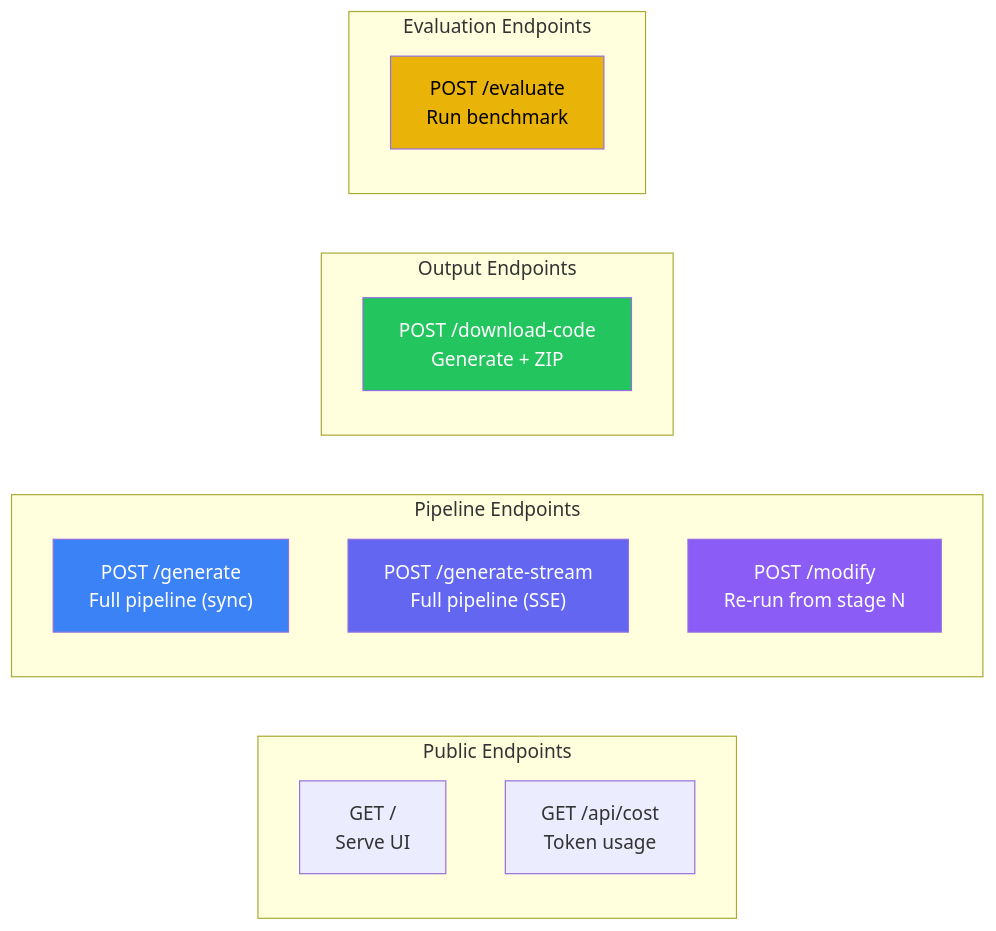
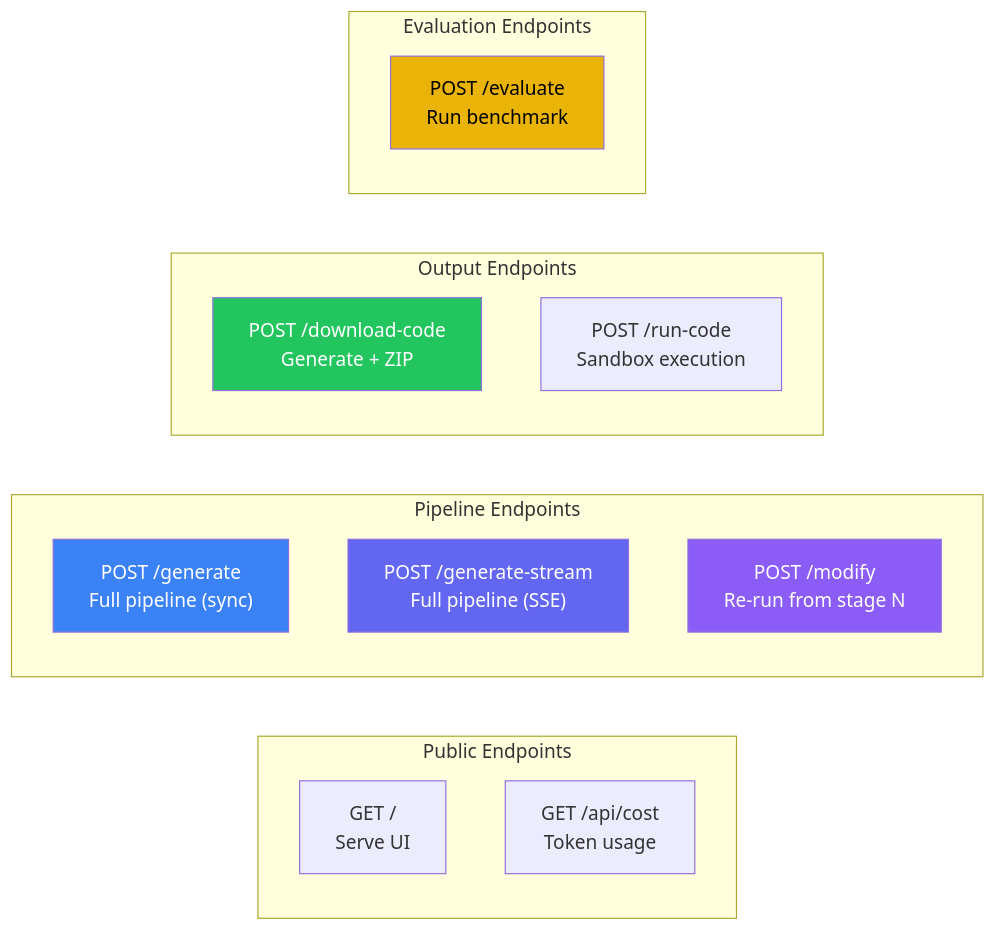
Diagram 18 of 24 in SOFTWARE_ARCHITECTURE.md (notsooamit/app-compiler), drawn with Mermaid before and after one commit. The commit also changed other lines of this file and 1 other file, not shown here.

````diff
--- a/SOFTWARE_ARCHITECTURE.md
+++ b/SOFTWARE_ARCHITECTURE.md
@@ -921,27 +1016,28 @@
 ```mermaid
 graph LR
     subgraph "Public Endpoints"
         GET_ROOT["GET /<br/>Serve UI"]
         GET_COST["GET /api/cost<br/>Token usage"]
     end
 
     subgraph "Pipeline Endpoints"
         POST_GEN["POST /generate<br/>Full pipeline (sync)"]
         POST_SSE["POST /generate-stream<br/>Full pipeline (SSE)"]
         POST_MOD["POST /modify<br/>Re-run from stage N"]
     end
 
     subgraph "Output Endpoints"
         POST_DL["POST /download-code<br/>Generate + ZIP"]
+        POST_RUN["POST /run-code<br/>Sandbox execution"]
     end
 
     subgraph "Evaluation Endpoints"
         POST_EVAL["POST /evaluate<br/>Run benchmark"]
     end
 
     style POST_SSE fill:#6366f1,color:#fff
     style POST_GEN fill:#3b82f6,color:#fff
     style POST_MOD fill:#8b5cf6,color:#fff
     style POST_DL fill:#22c55e,color:#fff
     style POST_EVAL fill:#eab308,color:#000
 ```
````
